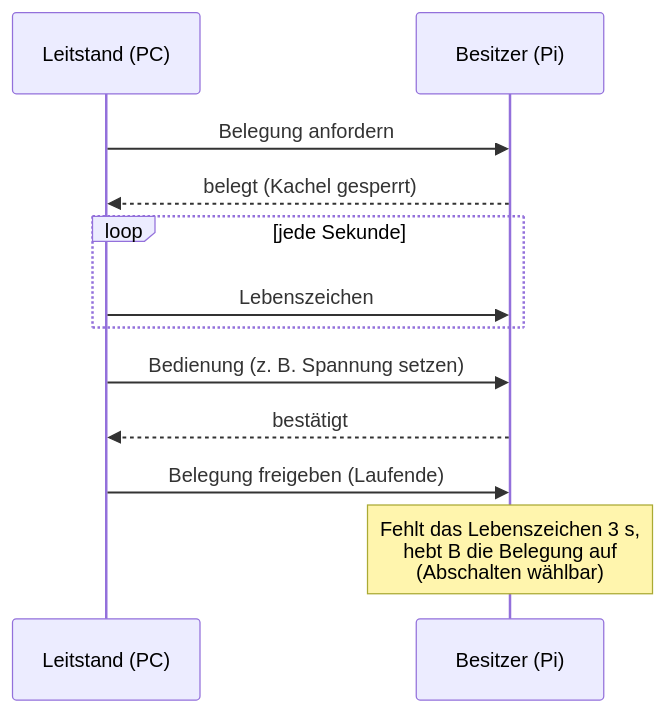
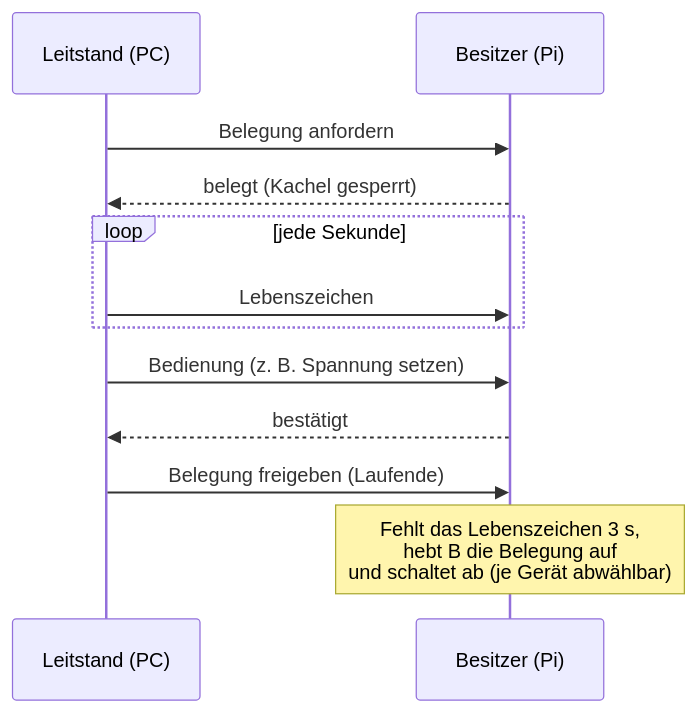
One commit to danielsimonreinhardt/LabControl changed the sixth of 7 diagrams in docs/de/pi-verbund.md. Above: the diagram before and after it, drawn with Mermaid. The commit also changed other lines of this file and 10 other files, not shown here.

````diff
--- a/docs/de/pi-verbund.md
+++ b/docs/de/pi-verbund.md
@@ -350,14 +350,14 @@
 ```mermaid
 sequenceDiagram
   participant L as Leitstand (PC)
   participant B as Besitzer (Pi)
   L->>B: Belegung anfordern
   B-->>L: belegt (Kachel gesperrt)
   loop jede Sekunde
     L->>B: Lebenszeichen
   end
   L->>B: Bedienung (z. B. Spannung setzen)
   B-->>L: bestätigt
   L->>B: Belegung freigeben (Laufende)
-  Note over B: Fehlt das Lebenszeichen 3 s,<br/>hebt B die Belegung auf<br/>(Abschalten wählbar)
+  Note over B: Fehlt das Lebenszeichen 3 s,<br/>hebt B die Belegung auf<br/>und schaltet ab (je Gerät abwählbar)
 ```
````
